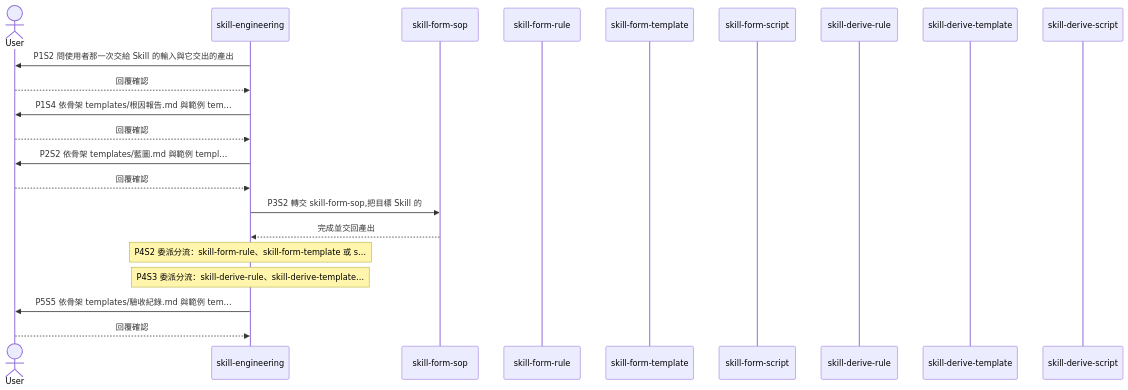
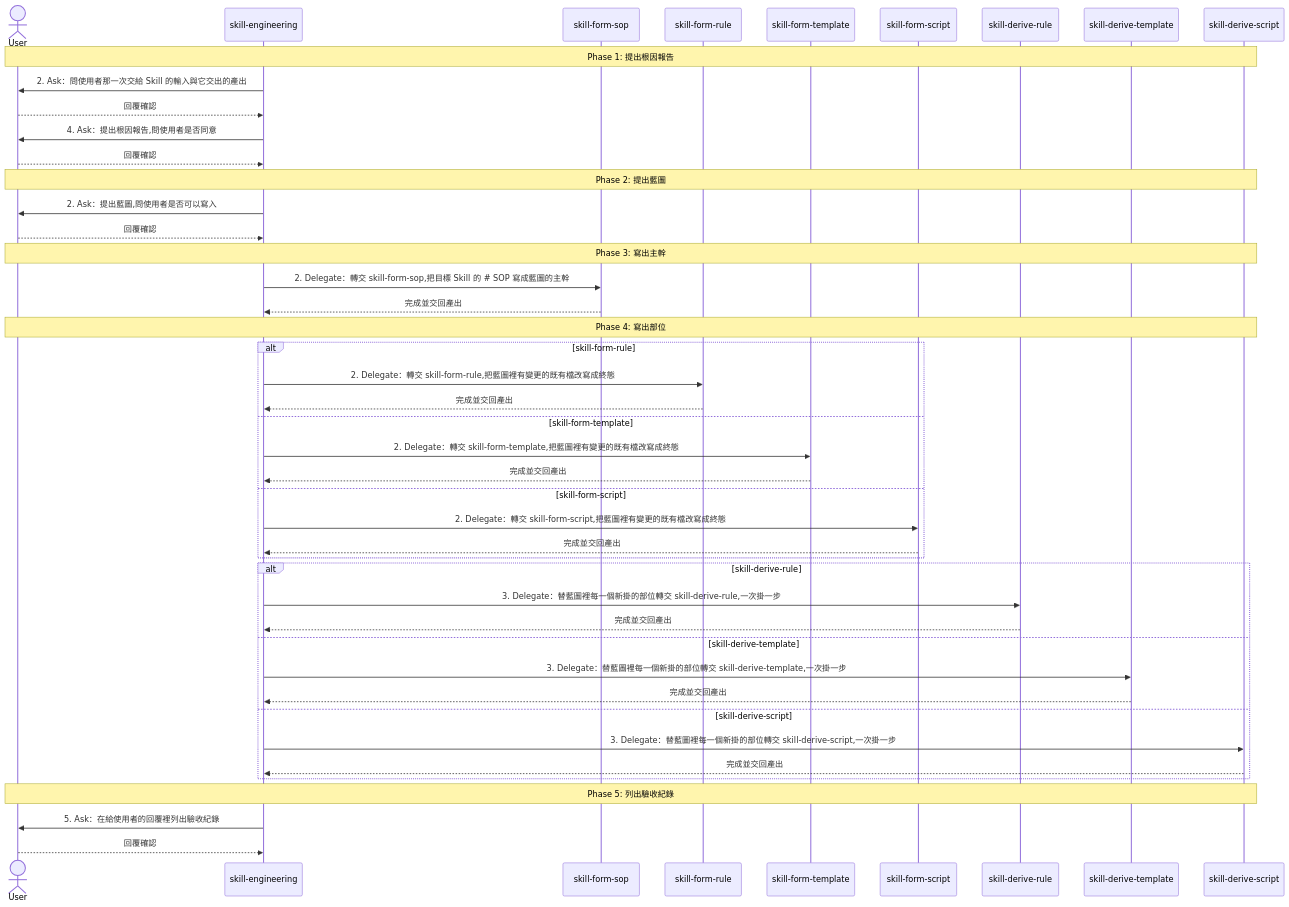
Before and after one commit to AI-x-BDD/BDGG-Dev-Skills: the second of 2 diagrams in .claude/skills/skill-engineering/SKILL.md, drawn with Mermaid. The commit also changed other lines of this file and 43 other files, not shown here.

First line of the commit message:
feat!: skill-form-sop 的流程視覺圖改放檔尾並以粗體標出的核心動作當標籤

````diff
--- a/.claude/skills/skill-engineering/SKILL.md
+++ b/.claude/skills/skill-engineering/SKILL.md
@@ -85,24 +111,47 @@
 ```mermaid
 sequenceDiagram
     actor User
     participant Main as skill-engineering
     participant Sub_1 as skill-form-sop
     participant Sub_2 as skill-form-rule
     participant Sub_3 as skill-form-template
     participant Sub_4 as skill-form-script
     participant Sub_5 as skill-derive-rule
     participant Sub_6 as skill-derive-template
     participant Sub_7 as skill-derive-script
-    Main->>User: P1S2 問使用者那一次交給 Skill 的輸入與它交出的產出
+    Note over User,Sub_7: Phase 1: 提出根因報告
+    Main->>User: 2. Ask：問使用者那一次交給 Skill 的輸入與它交出的產出
     User-->>Main: 回覆確認
-    Main->>User: P1S4 依骨架 templates/根因報告.md 與範例 tem…
+    Main->>User: 4. Ask：提出根因報告,問使用者是否同意
     User-->>Main: 回覆確認
-    Main->>User: P2S2 依骨架 templates/藍圖.md 與範例 templ…
+    Note over User,Sub_7: Phase 2: 提出藍圖
+    Main->>User: 2. Ask：提出藍圖,問使用者是否可以寫入
     User-->>Main: 回覆確認
-    Main->>Sub_1: P3S2 轉交 skill-form-sop,把目標 Skill 的 # SO…
+    Note over User,Sub_7: Phase 3: 寫出主幹
+    Main->>Sub_1: 2. Delegate：轉交 skill-form-sop,把目標 Skill 的 #35; SOP 寫成藍圖的主幹
     Sub_1-->>Main: 完成並交回產出
-    Note over Main: P4S2 委派分流：skill-form-rule、skill-form-template 或 s…
-    Note over Main: P4S3 委派分流：skill-derive-rule、skill-derive-template…
-    Main->>User: P5S5 依骨架 templates/驗收紀錄.md 與範例 tem…
+    Note over User,Sub_7: Phase 4: 寫出部位
+    alt skill-form-rule
+        Main->>Sub_2: 2. Delegate：轉交 skill-form-rule,把藍圖裡有變更的既有檔改寫成終態
+        Sub_2-->>Main: 完成並交回產出
+    else skill-form-template
+        Main->>Sub_3: 2. Delegate：轉交 skill-form-template,把藍圖裡有變更的既有檔改寫成終態
+        Sub_3-->>Main: 完成並交回產出
+    else skill-form-script
+        Main->>Sub_4: 2. Delegate：轉交 skill-form-script,把藍圖裡有變更的既有檔改寫成終態
+        Sub_4-->>Main: 完成並交回產出
+    end
+    alt skill-derive-rule
+        Main->>Sub_5: 3. Delegate：替藍圖裡每一個新掛的部位轉交 skill-derive-rule,一次掛一步
+        Sub_5-->>Main: 完成並交回產出
+    else skill-derive-template
+        Main->>Sub_6: 3. Delegate：替藍圖裡每一個新掛的部位轉交 skill-derive-template,一次掛一步
+        Sub_6-->>Main: 完成並交回產出
+    else skill-derive-script
+        Main->>Sub_7: 3. Delegate：替藍圖裡每一個新掛的部位轉交 skill-derive-script,一次掛一步
+        Sub_7-->>Main: 完成並交回產出
+    end
+    Note over User,Sub_7: Phase 5: 列出驗收紀錄
+    Main->>User: 5. Ask：在給使用者的回覆裡列出驗收紀錄
     User-->>Main: 回覆確認
 ```
````
